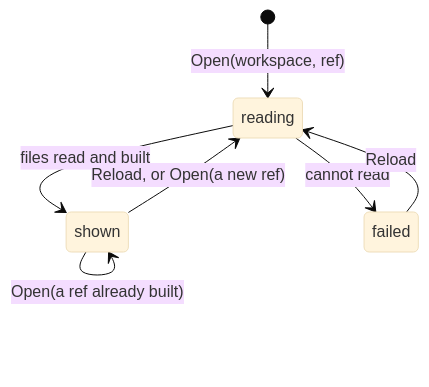
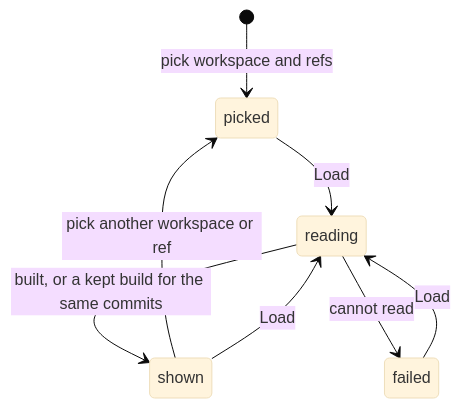
One commit to hieutran21198/Artifact-Driven-Framework changed the second of 2 diagrams in docs/software-knowledges/artifacts/tracker/specification.md. Above: the diagram before and after it, drawn with Mermaid (base theme). The commit also changed other lines of this file and 6 other files, not shown here.

````diff
--- a/docs/software-knowledges/artifacts/tracker/specification.md
+++ b/docs/software-knowledges/artifacts/tracker/specification.md
@@ -57,9 +66,10 @@
 ```mermaid
 stateDiagram-v2
-    [*] --> reading: Open(workspace, ref)
-    reading --> shown: files read and built
+    [*] --> picked: pick workspace and refs
+    picked --> reading: Load
+    reading --> shown: built, or a kept build for the same commits
     reading --> failed: cannot read
-    shown --> shown: Open(a ref already built)
-    shown --> reading: Reload, or Open(a new ref)
-    failed --> reading: Reload
+    shown --> picked: pick another workspace or ref
+    shown --> reading: Load
+    failed --> reading: Load
 ```
````
